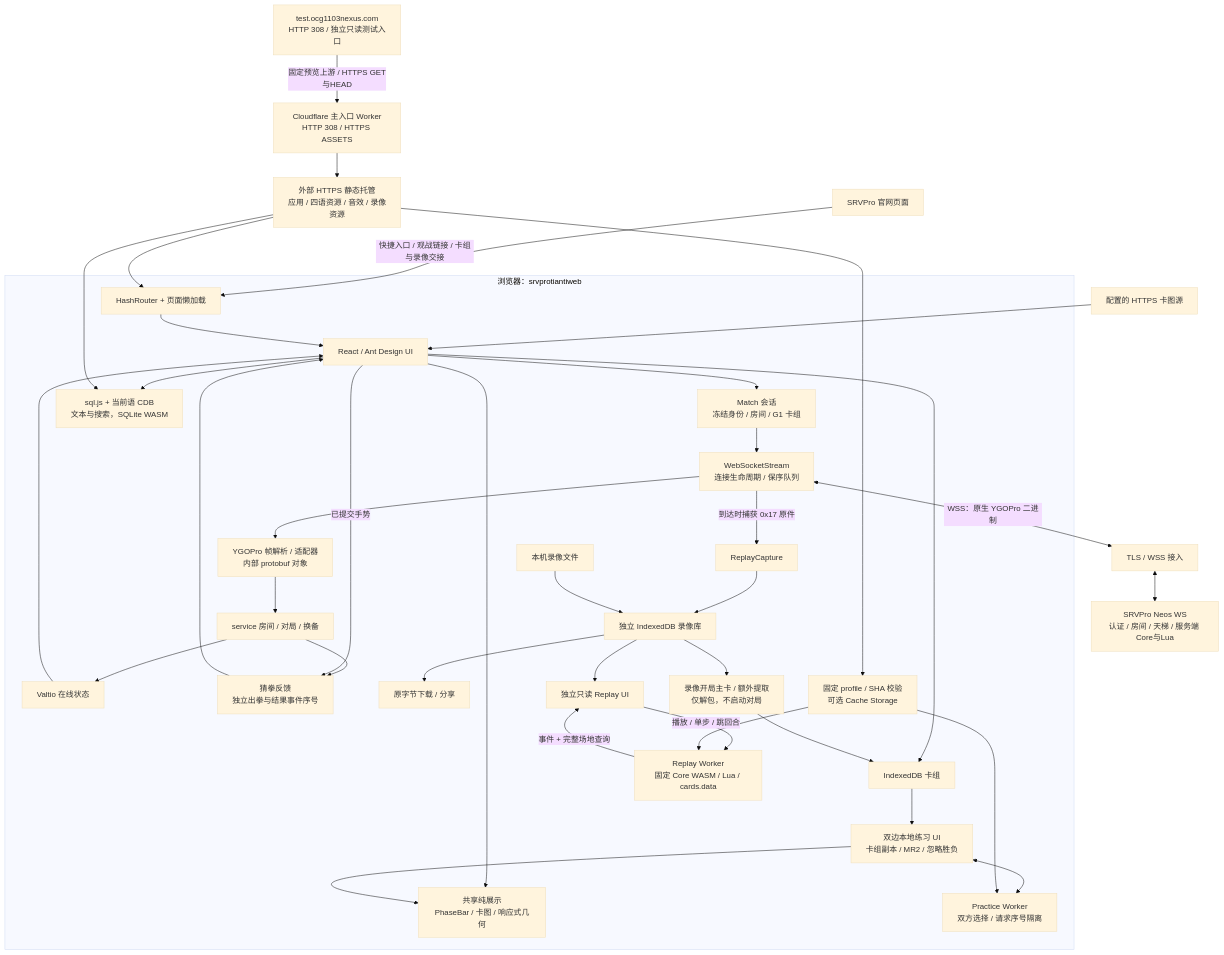
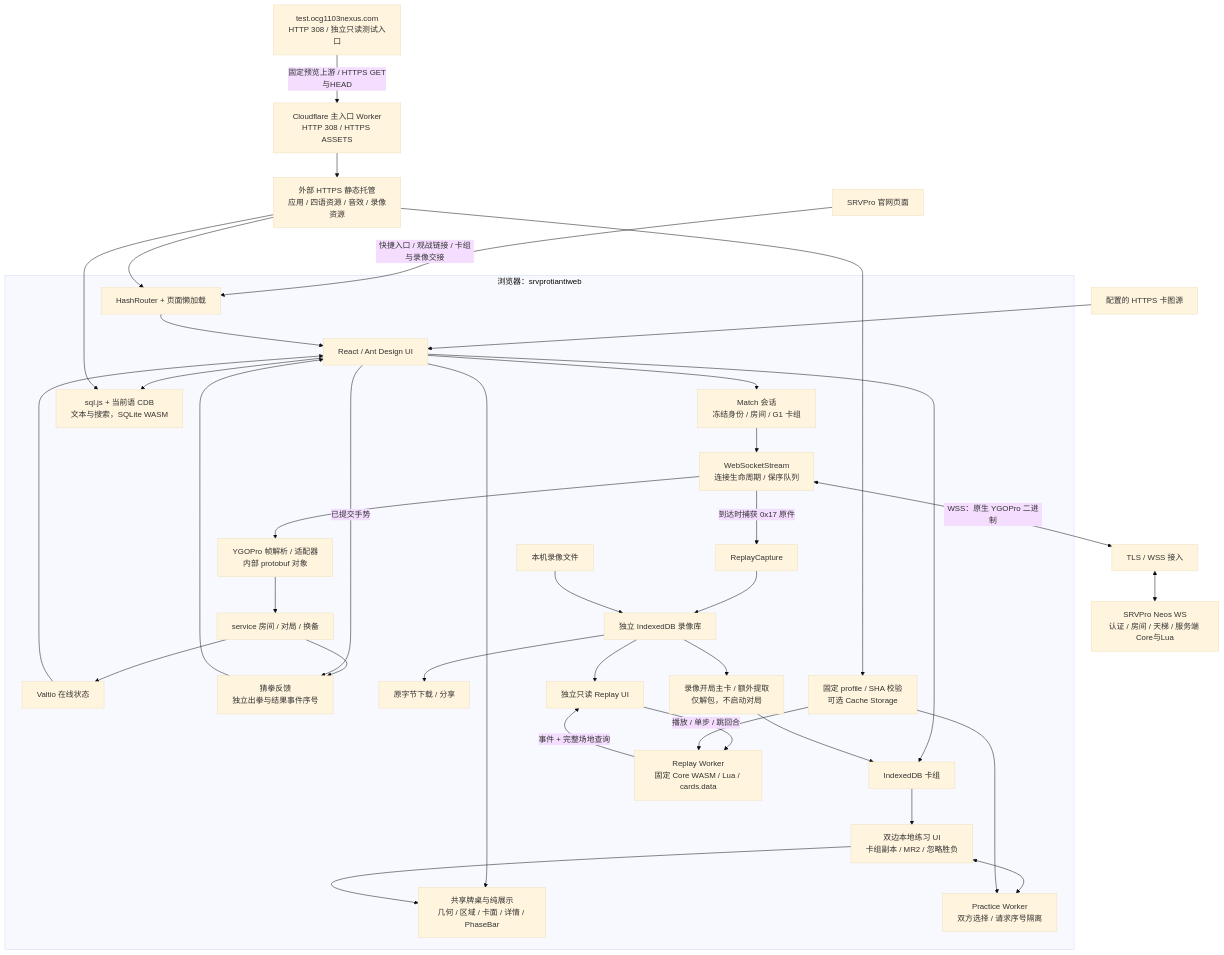
One commit to 301zrg/srvprotiantiweb changed the first of 6 diagrams in docs/ARCHITECTURE.md. Above: the diagram before and after it, drawn with Mermaid (base theme). The commit also changed other lines of this file and 70 other files, not shown here.

````diff
--- a/docs/ARCHITECTURE.md
+++ b/docs/ARCHITECTURE.md
@@ -166,41 +43,41 @@
 ```mermaid
 flowchart TB
   Website["SRVPro 官网页面"] -->|"快捷入口 / 观战链接 / 卡组与录像交接"| Router
   Static["外部 HTTPS 静态托管<br/>应用 / 四语资源 / 音效 / 录像资源"] --> Router
   StaticEntry["Cloudflare 主入口 Worker<br/>HTTP 308 / HTTPS ASSETS"] --> Static
   TestEntry["test.ocg1103nexus.com<br/>HTTP 308 / 独立只读测试入口"] -->|"固定预览上游 / HTTPS GET与HEAD"| StaticEntry
   Images["配置的 HTTPS 卡图源"] --> UI
   subgraph Browser["浏览器：srvprotiantiweb"]
     Router["HashRouter + 页面懒加载"] --> UI["React / Ant Design UI"]
     UI --> Join["Match 会话<br/>冻结身份 / 房间 / G1 卡组"]
-    UI --> SharedDisplay["共享纯展示<br/>PhaseBar / 卡图 / 响应式几何"]
+    UI --> SharedDisplay["共享牌桌与纯展示<br/>几何 / 区域 / 卡面 / 详情 / PhaseBar"]
     Join --> Transport["WebSocketStream<br/>连接生命周期 / 保序队列"]
     Transport --> Adapter["YGOPro 帧解析 / 适配器<br/>内部 protobuf 对象"]
     Adapter --> Services["service 房间 / 对局 / 换备"]
     Services --> Stores["Valtio 在线状态"]
     Stores --> UI
     Services --> RpsNotice["猜拳反馈<br/>独立出拳与结果事件序号"]
     UI -->|"已提交手势"| RpsNotice
     RpsNotice --> UI
     UI --> Sqlite["sql.js + 当前语 CDB<br/>文本与搜索，SQLite WASM"]
     UI --> Decks["IndexedDB 卡组"]
     Transport -->|"到达时捕获 0x17 原件"| Capture["ReplayCapture"]
     Capture --> Library["独立 IndexedDB 录像库"]
     Files["本机录像文件"] --> Library
     Library --> Export["原字节下载 / 分享"]
     Library --> Player["独立只读 Replay UI"]
     Player -->|"播放 / 单步 / 跳回合"| Worker["Replay Worker<br/>固定 Core WASM / Lua / cards.data"]
     Worker -->|"事件 + 完整场地查询"| Player
     Profile["固定 profile / SHA 校验<br/>可选 Cache Storage"] --> Worker
     Library --> Extract["录像开局主卡 / 额外提取<br/>仅解包，不启动对局"]
     Extract --> Decks
     Decks --> Practice["双边本地练习 UI<br/>卡组副本 / MR2 / 忽略胜负"]
     Practice --> SharedDisplay
     Practice <--> PracticeWorker["Practice Worker<br/>双方选择 / 请求序号隔离"]
     Profile --> PracticeWorker
   end
   Transport <-->|"WSS：原生 YGOPro 二进制"| Gateway["TLS / WSS 接入"]
   Gateway <--> Server["SRVPro Neos WS<br/>认证 / 房间 / 天梯 / 服务端 Core与Lua"]
   Static --> Sqlite
   Static --> Profile
 ```
````
